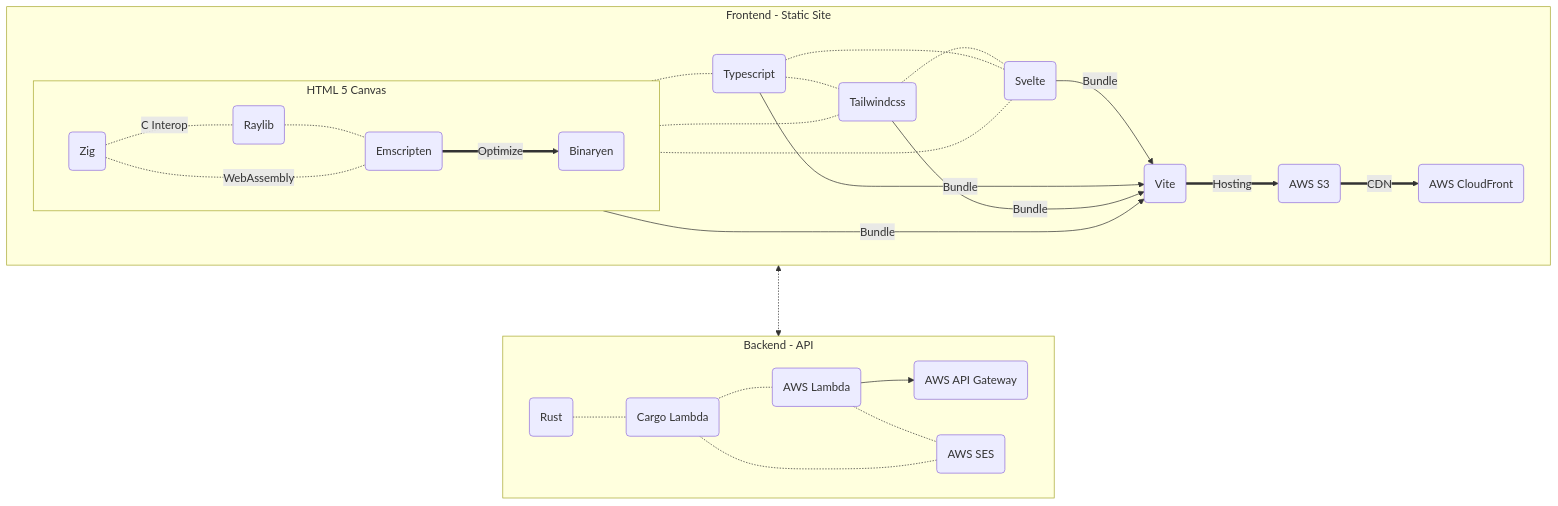
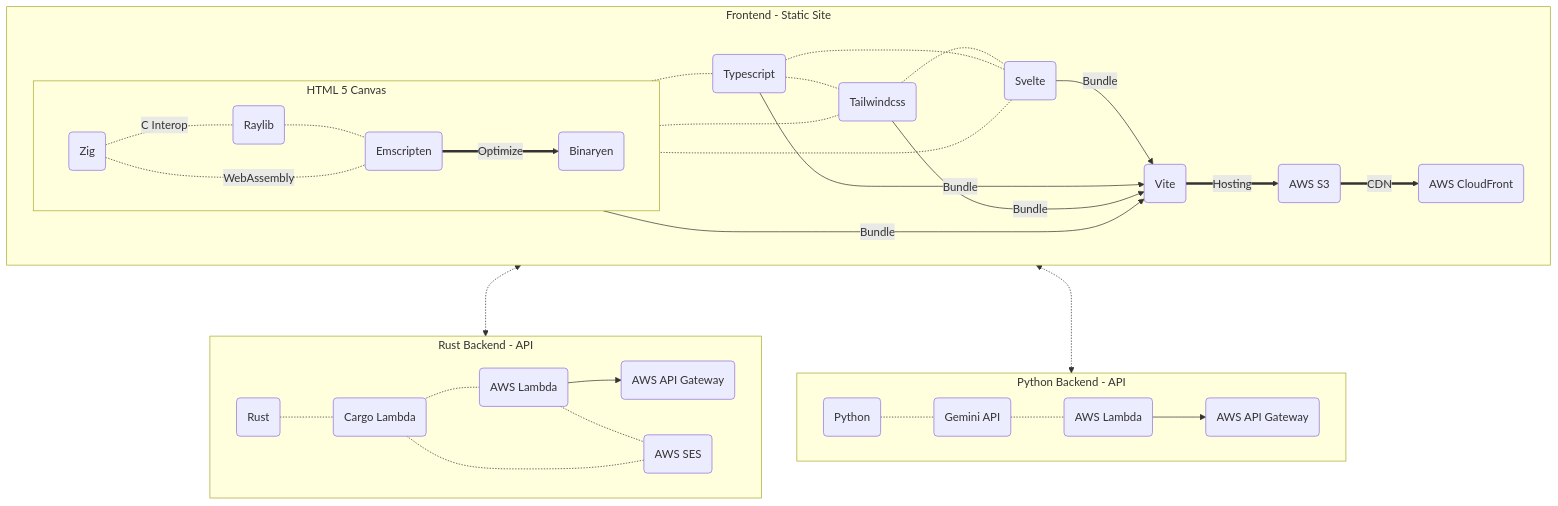
One commit to dylanlangston/dylanlangston.com changed the first of 2 diagrams in README.md. Above: the diagram before and after it, drawn with Mermaid. The commit also changed other lines of this file, not shown here.

````diff
--- a/README.md
+++ b/README.md
@@ -29,42 +31,53 @@
 ```mermaid
 flowchart TB
     subgraph "Frontend - Static Site"
         direction LR
         S1("Svelte")
         S2("Typescript")
         S3("Tailwindcss")
         S4("Vite")
         S5("AWS S3")
         S6("AWS CloudFront")
 
         subgraph "HTML 5 Canvas"
             direction LR
             A1("Zig")
             A2("Raylib")
             A3(Emscripten)
             A4("Binaryen")
             A1 -.C Interop.- A2 -.- A3
             A1 -.WebAssembly.- A3
             A3 ==Optimize==> A4
         end
 
         S3 -.- S1 -.- S2 -.- S3 -.- subGraph0 -.- S2
         S1 -.- subGraph0
         S1 & S2 & S3 & subGraph0 --Bundle--> S4 ==Hosting==> S5 ==CDN==> S6
     end
 
-    subgraph "Backend - API"
+    subgraph "Rust Backend - API"
         direction LR
         I1("Rust")
         I2("Cargo Lambda")
         I3("AWS Lambda")
         I4("AWS API Gateway")
         I5("AWS SES")
 
         I1 -.- I2 -.- I3 --> I4
         I3 -.- I5 -.- I2
     end
 
+    subgraph "Python Backend - API"
+        direction LR
+        P1("Python")
+        P2("Gemini API")
+        P3("AWS Lambda")
+        P4("AWS API Gateway")
+
+        P1 -.- P2 -.- P3 --> P4
+    end
+
 	subGraph1 <-..-> subGraph2
+	subGraph1 <-..-> subGraph3
 	
 ```
````
